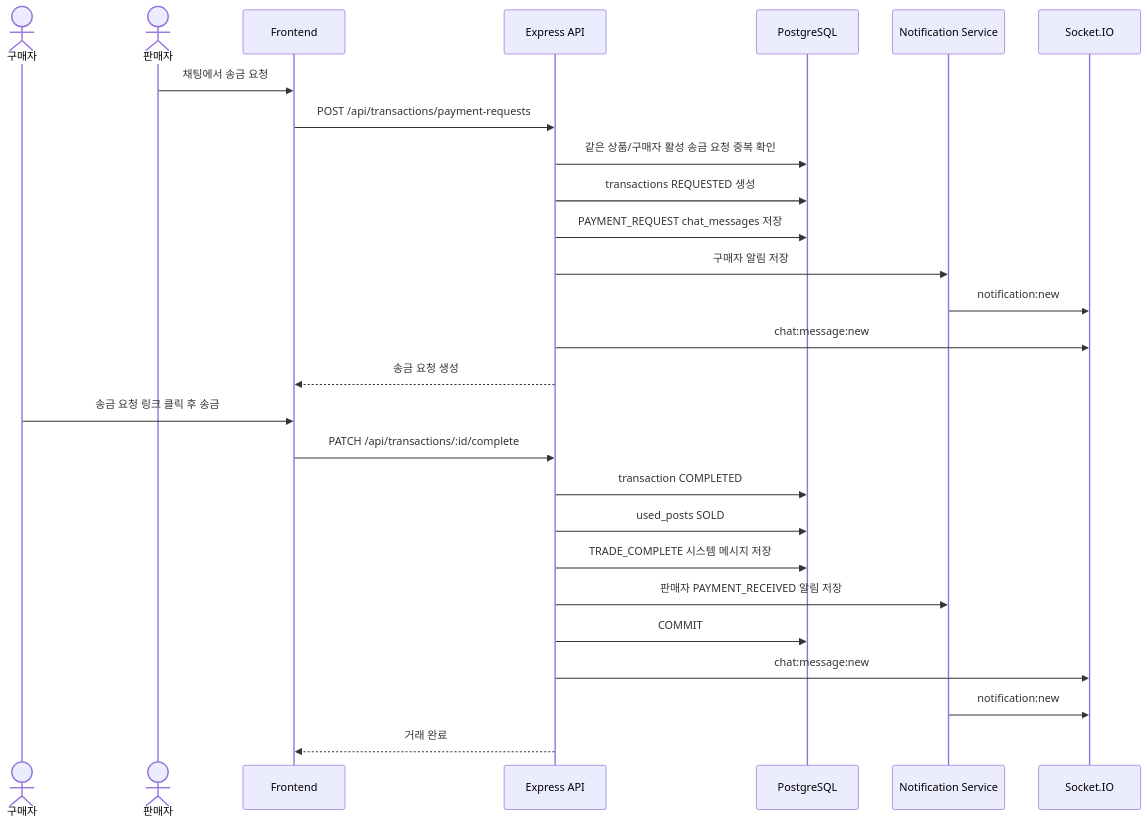
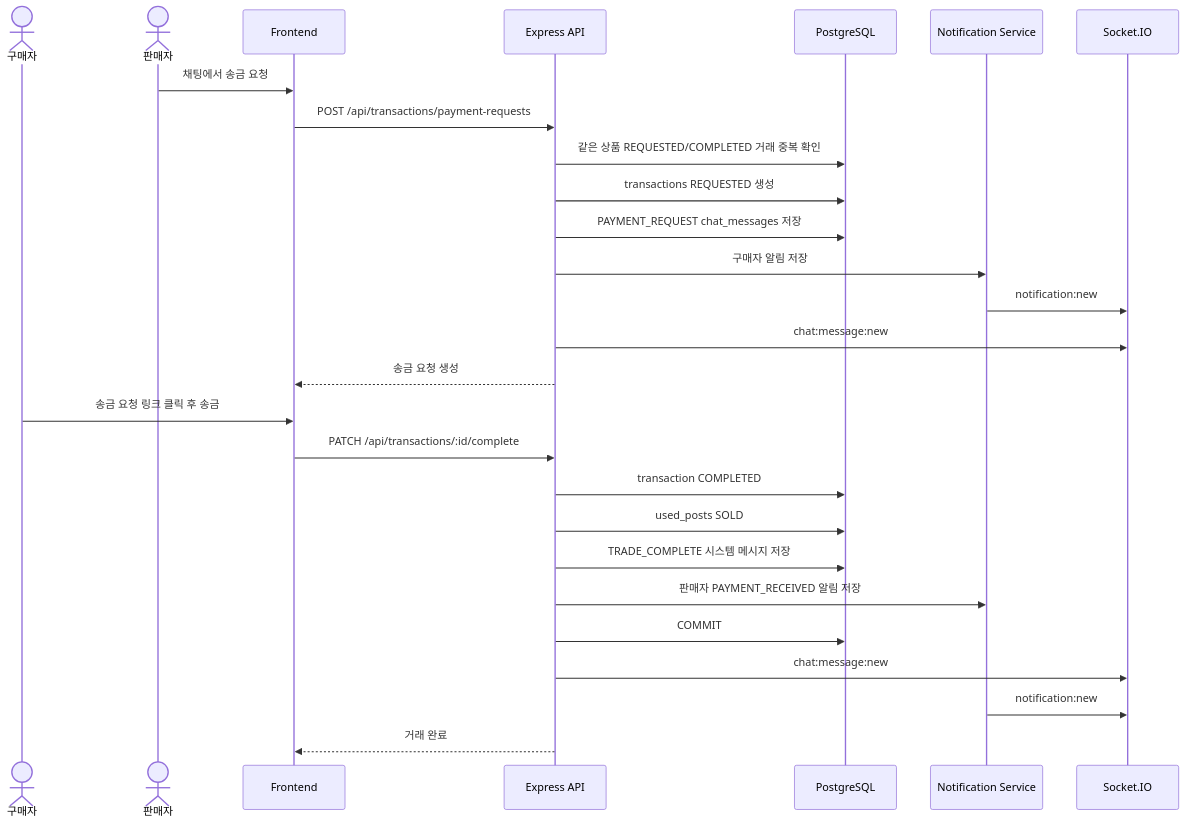
Before and after one commit to hurwan0629/potato-land: the diagram in docs/Potato-Land-Docs/04. 다이어그램/C-02 중고거래 거래완료 시퀀스.md, drawn with Mermaid. The commit also changed other lines of this file and 44 other files, not shown here.

````diff
--- a/docs/Potato-Land-Docs/04. 다이어그램/C-02 중고거래 거래완료 시퀀스.md
+++ b/docs/Potato-Land-Docs/04. 다이어그램/C-02 중고거래 거래완료 시퀀스.md
@@ -3,31 +3,31 @@
 ```mermaid
 sequenceDiagram
     actor B as 구매자
     actor S as 판매자
     participant F as Frontend
     participant A as Express API
     participant D as PostgreSQL
     participant N as Notification Service
     participant IO as Socket.IO
 
     S->>F: 채팅에서 송금 요청
     F->>A: POST /api/transactions/payment-requests
-    A->>D: 같은 상품/구매자 활성 송금 요청 중복 확인
+    A->>D: 같은 상품 REQUESTED/COMPLETED 거래 중복 확인
     A->>D: transactions REQUESTED 생성
     A->>D: PAYMENT_REQUEST chat_messages 저장
     A->>N: 구매자 알림 저장
     N->>IO: notification:new
     A->>IO: chat:message:new
     A-->>F: 송금 요청 생성
 
     B->>F: 송금 요청 링크 클릭 후 송금
     F->>A: PATCH /api/transactions/:id/complete
     A->>D: transaction COMPLETED
     A->>D: used_posts SOLD
     A->>D: TRADE_COMPLETE 시스템 메시지 저장
     A->>N: 판매자 PAYMENT_RECEIVED 알림 저장
     A->>D: COMMIT
     A->>IO: chat:message:new
     N->>IO: notification:new
     A-->>F: 거래 완료
 ```
````
